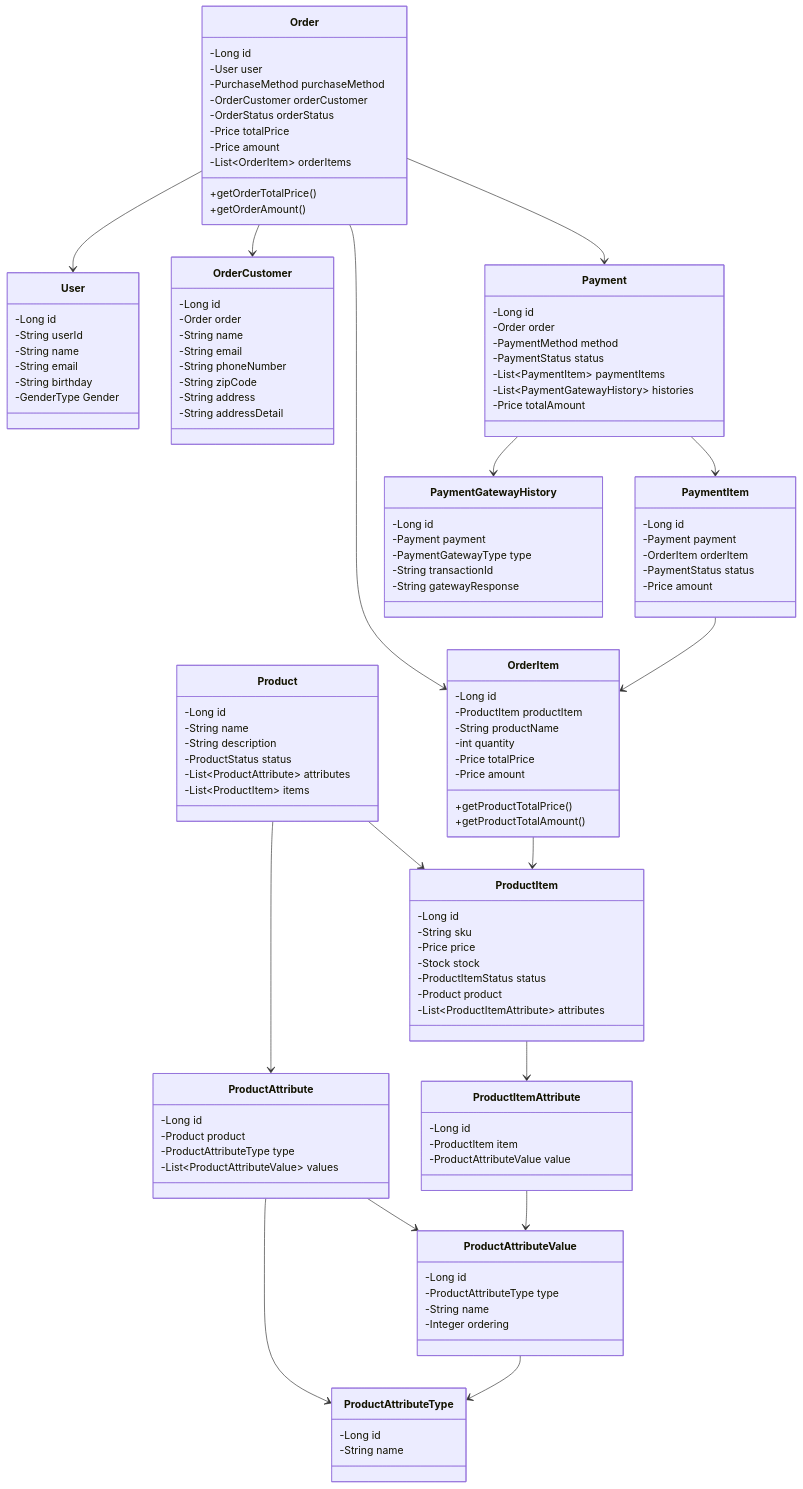
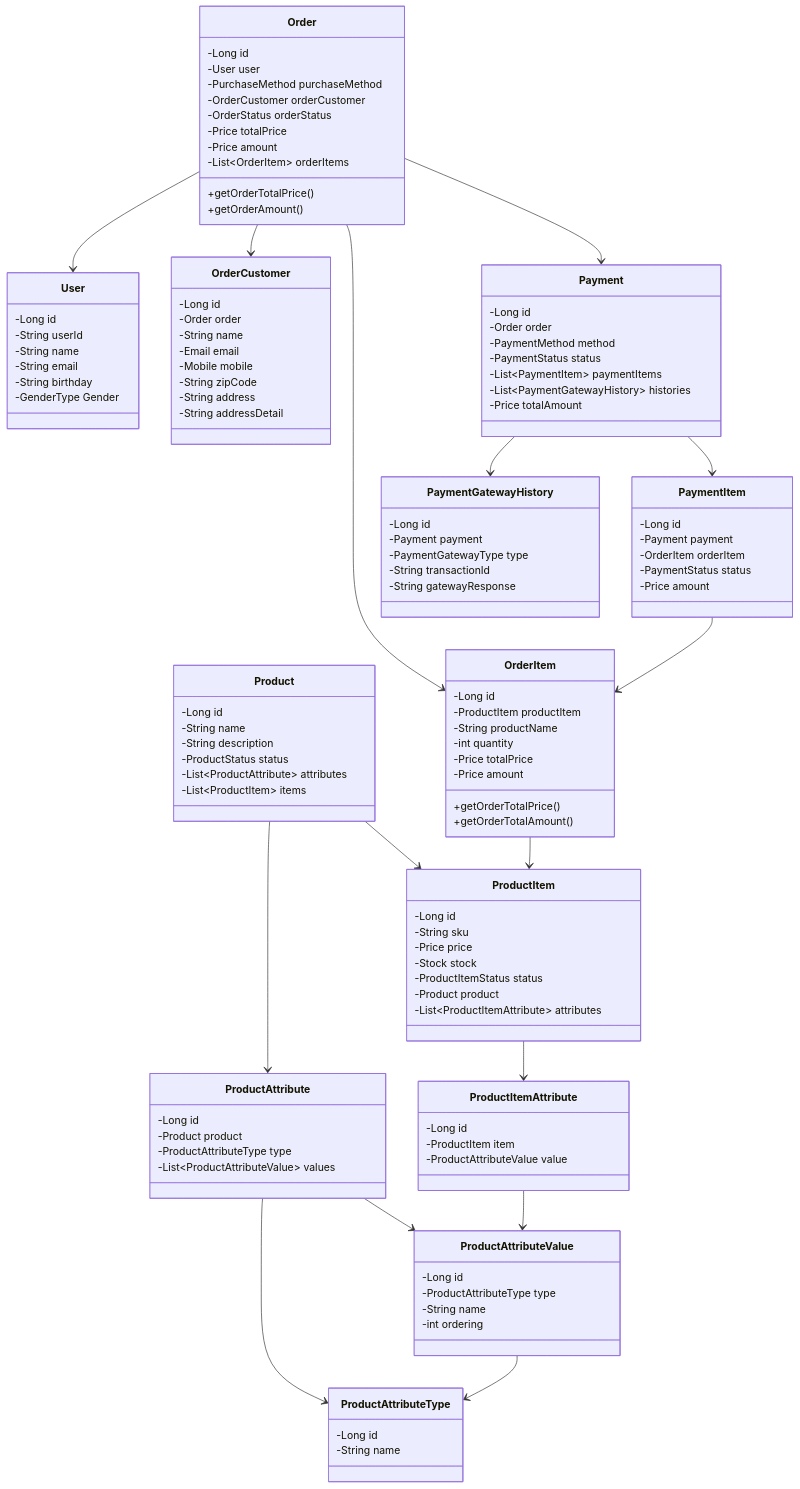
One commit to kiekk/gamsung-commerce changed the third of 3 diagrams in docs/design/03-class-diagrams.md. Above: the diagram before and after it, drawn with Mermaid. The commit also changed other lines of this file, not shown here.

Commit message:
docs: 메서드명 수정 & field Type 수정

```diff
--- a/docs/design/03-class-diagrams.md
+++ b/docs/design/03-class-diagrams.md
@@ -215,7 +215,7 @@
         -Long id
         -ProductAttributeType type
         -String name
-        -Integer ordering
+        -int ordering
     }
 %% 상품 속성 그룹
     class ProductAttribute {
@@ -258,8 +258,8 @@
         -Long id
         -Order order
         -String name
-        -String email
-        -String phoneNumber
+        -Email email
+        -Mobile mobile
         -String zipCode
         -String address
         -String addressDetail
@@ -272,8 +272,8 @@
         -int quantity
         -Price totalPrice
         -Price amount
-        +getProductTotalPrice()
-        +getProductTotalAmount()
+        +getOrderTotalPrice()
+        +getOrderTotalAmount()
     }
 %% 결제
     class Payment {
```
